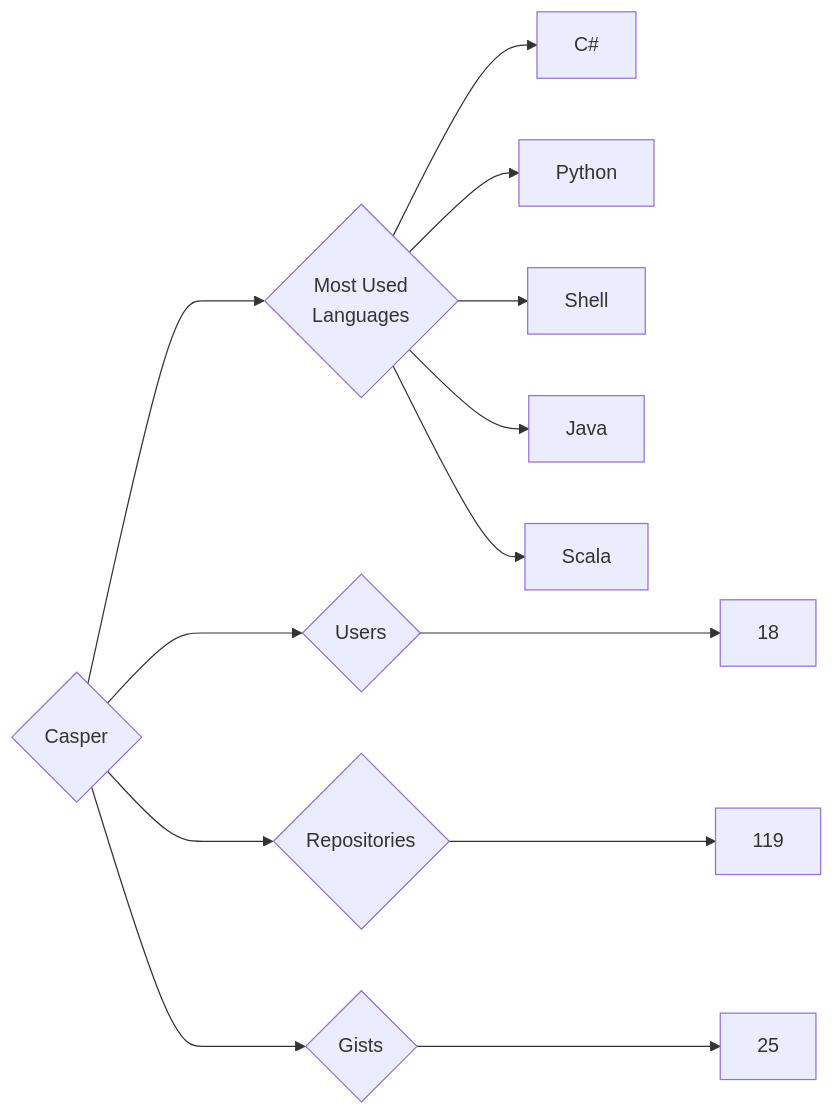
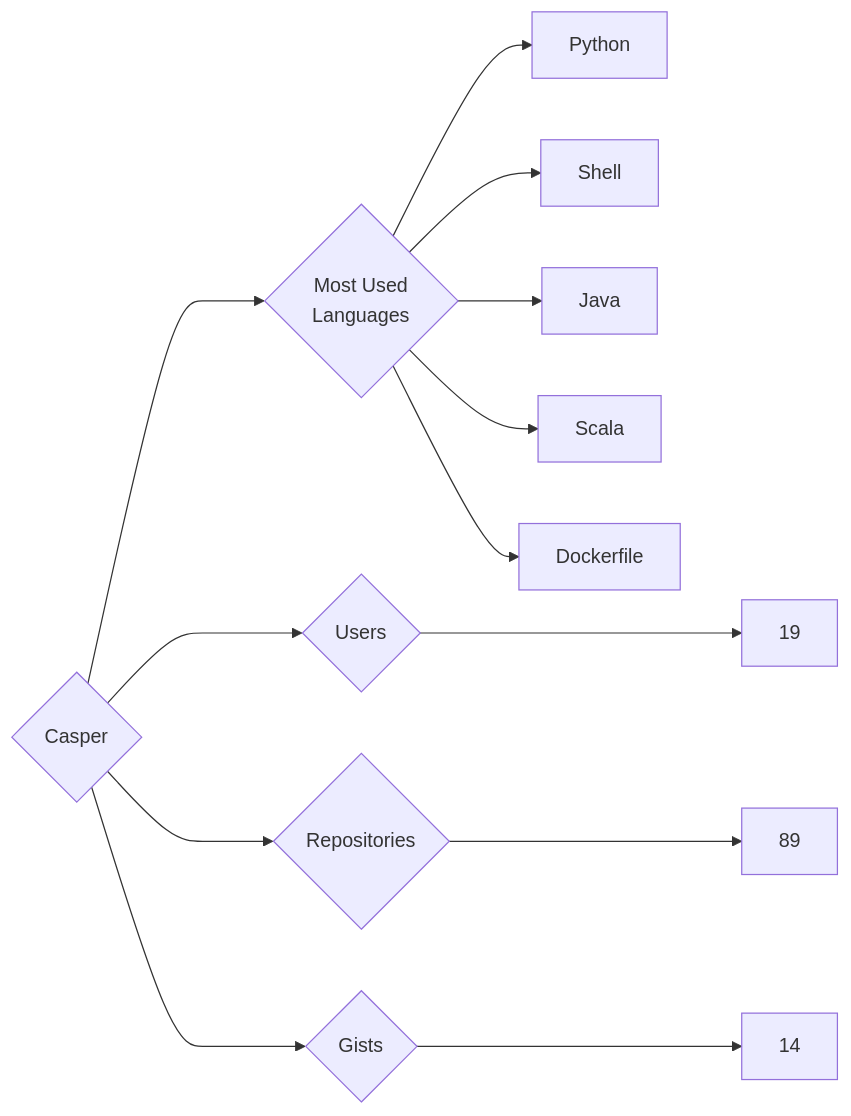
The diagram in targets/Casper/README.md (trickest/insiders), drawn with Mermaid before and after one commit. The commit also changed 823 other files, not shown here.

````diff
--- a/targets/Casper/README.md
+++ b/targets/Casper/README.md
@@ -3,13 +3,13 @@
 ```mermaid
 graph LR
 COMPANY_NAME{Casper}
-COMPANY_NAME ---> U{Users} ---> UN[18]
-COMPANY_NAME ---> R{Repositories} ---> RN[119]
-COMPANY_NAME ---> G{Gists} ---> GN[25]
+COMPANY_NAME ---> U{Users} ---> UN[19]
+COMPANY_NAME ---> R{Repositories} ---> RN[89]
+COMPANY_NAME ---> G{Gists} ---> GN[14]
 COMPANY_NAME ---> ML{Most Used<br>Languages}
-ML --> C#[C#]
 ML --> Python[Python]
 ML --> Shell[Shell]
 ML --> Java[Java]
 ML --> Scala[Scala]
+ML --> Dockerfile[Dockerfile]
 ```
````
